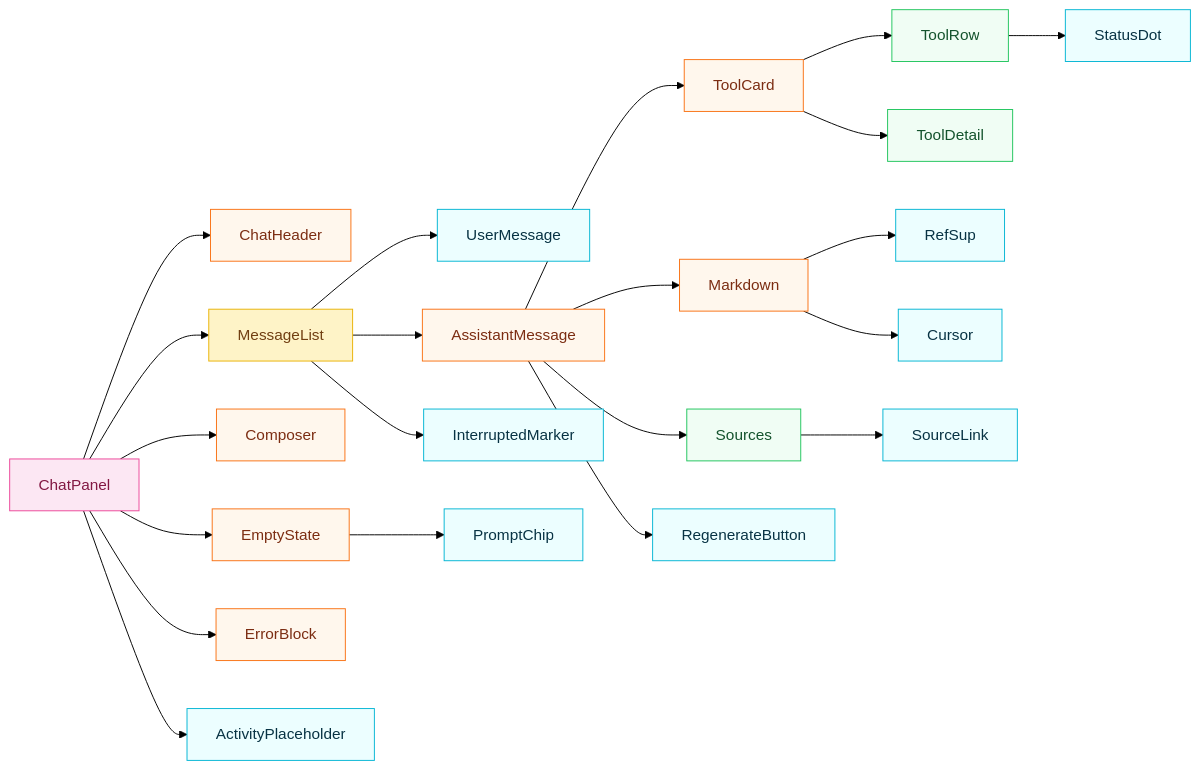
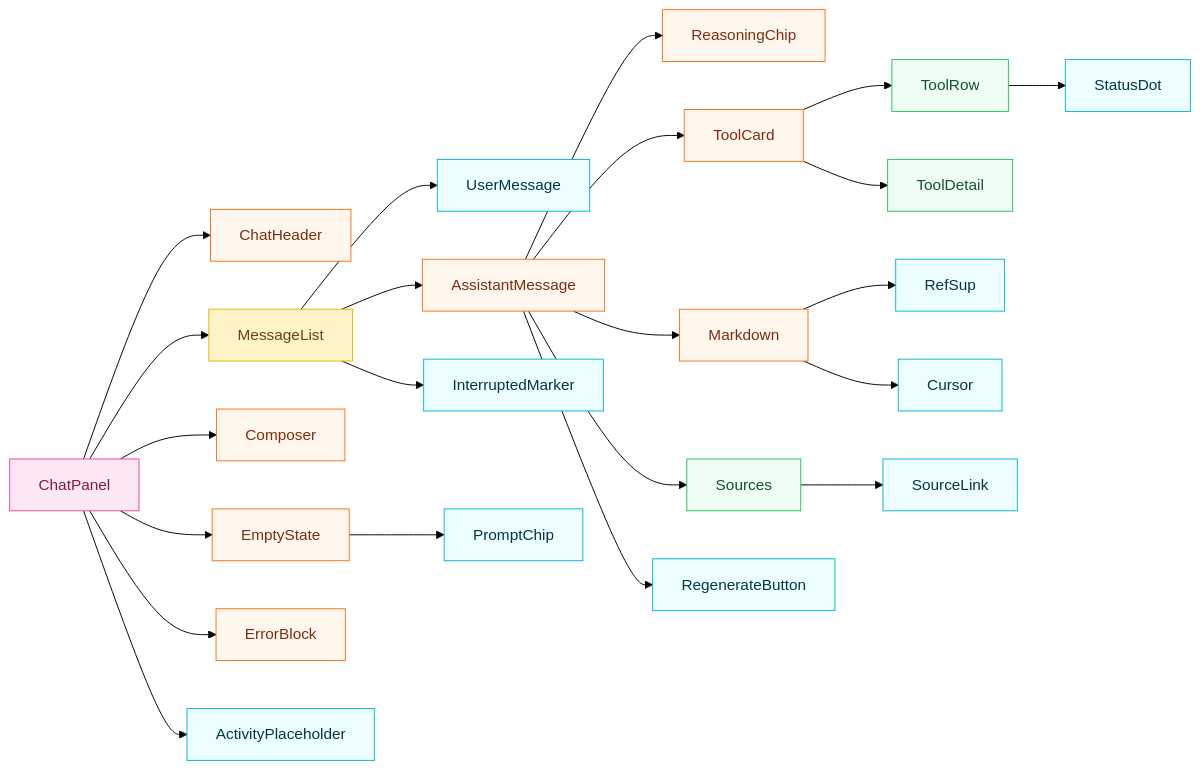
Before and after one commit to wei-yiting/fin-lab-x: the second of 4 diagrams in docs/frontend_chat_architecture.md, drawn with Mermaid (forest theme). The commit also changed other lines of this file and 27 other files, not shown here.

````diff
--- a/docs/frontend_chat_architecture.md
+++ b/docs/frontend_chat_architecture.md
@@ -96,41 +96,42 @@
 ```mermaid
 flowchart LR
     ChatPanel --> ChatHeader
     ChatPanel --> MessageList
     ChatPanel --> Composer
     ChatPanel --> EmptyState
     ChatPanel --> ErrorBlock
     ChatPanel --> ActivityPlaceholder
 
     MessageList --> UserMessage
     MessageList --> AssistantMessage
     MessageList --> InterruptedMarker
 
+    AssistantMessage --> ReasoningChip
     AssistantMessage --> ToolCard
     AssistantMessage --> Markdown
     AssistantMessage --> Sources
     AssistantMessage --> RegenerateButton
 
     ToolCard --> ToolRow
     ToolCard --> ToolDetail
     ToolRow --> StatusDot
 
     Markdown --> RefSup
     Markdown --> Cursor
 
     Sources --> SourceLink
 
     EmptyState --> PromptChip
 
     classDef atomCls fill:#ecfeff,stroke:#06b6d4,color:#083344
     classDef moleculeCls fill:#f0fdf4,stroke:#22c55e,color:#14532d
     classDef organismCls fill:#fff7ed,stroke:#f97316,color:#7c2d12
     classDef templateCls fill:#fef3c7,stroke:#eab308,color:#713f12
     classDef pageCls fill:#fce7f3,stroke:#ec4899,color:#831843
 
     class StatusDot,RefSup,Cursor,ActivityPlaceholder,PromptChip,RegenerateButton,InterruptedMarker,SourceLink,UserMessage atomCls
     class ToolRow,ToolDetail,Sources moleculeCls
-    class ChatHeader,AssistantMessage,ToolCard,Markdown,ErrorBlock,Composer,EmptyState organismCls
+    class ReasoningChip,ChatHeader,AssistantMessage,ToolCard,Markdown,ErrorBlock,Composer,EmptyState organismCls
     class MessageList templateCls
     class ChatPanel pageCls
 ```
````
